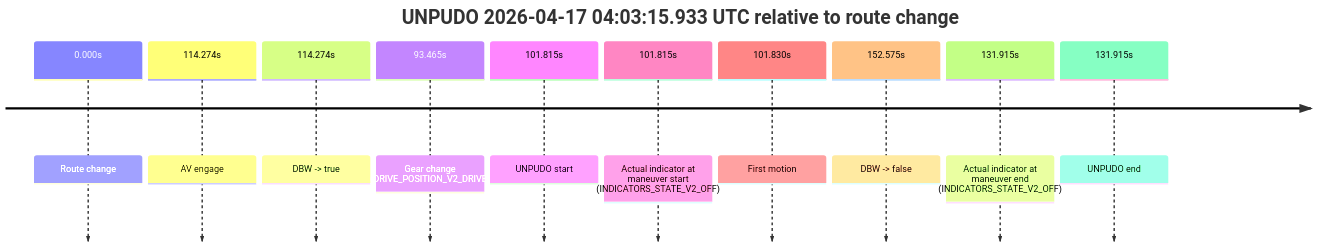
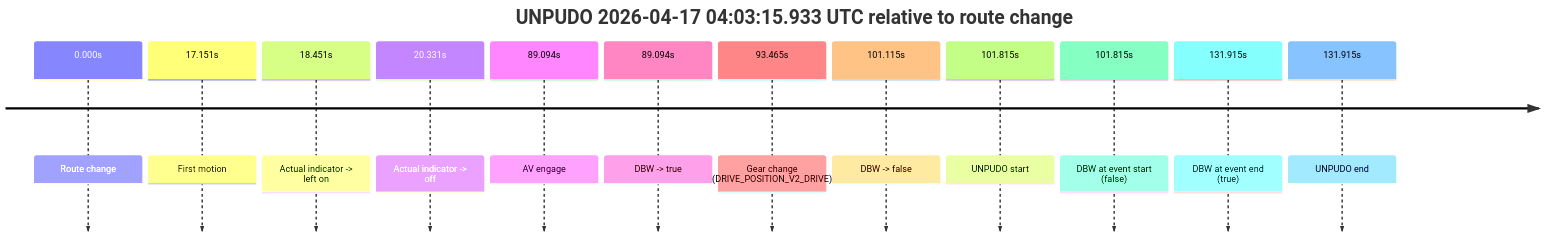
Before and after one commit to yoelshapiro/vault: the first of 3 diagrams in model_analysis/report_cards/2026/04/Week-3/fme10010--2026-04-17--03-51-35--gen2-av-7c60b507-5758-47bf-b9f0-4e94d23fe48e.md, drawn with Mermaid. The commit also changed other lines of this file and 85 other files, not shown here.

````diff
--- a/model_analysis/report_cards/2026/04/Week-3/fme10010--2026-04-17--03-51-35--gen2-av-7c60b507-5758-47bf-b9f0-4e94d23fe48e.md
+++ b/model_analysis/report_cards/2026/04/Week-3/fme10010--2026-04-17--03-51-35--gen2-av-7c60b507-5758-47bf-b9f0-4e94d23fe48e.md
@@ -43,14 +45,16 @@
 ```mermaid
 timeline
     title UNPUDO 2026-04-17 04:03:15.933 UTC relative to route change
     0.000s : Route change
-    114.274s : AV engage
-    114.274s : DBW -> true
+    17.151s : First motion
+    18.451s : Actual indicator -> left on
+    20.331s : Actual indicator -> off
+    89.094s : AV engage
+    89.094s : DBW -> true
     93.465s : Gear change (DRIVE_POSITION_V2_DRIVE)
+    101.115s : DBW -> false
     101.815s : UNPUDO start
-    101.815s : Actual indicator at maneuver start (INDICATORS_STATE_V2_OFF)
-    101.830s : First motion
-    152.575s : DBW -> false
-    131.915s : Actual indicator at maneuver end (INDICATORS_STATE_V2_OFF)
+    101.815s : DBW at event start (false)
+    131.915s : DBW at event end (true)
     131.915s : UNPUDO end
 ```
````
